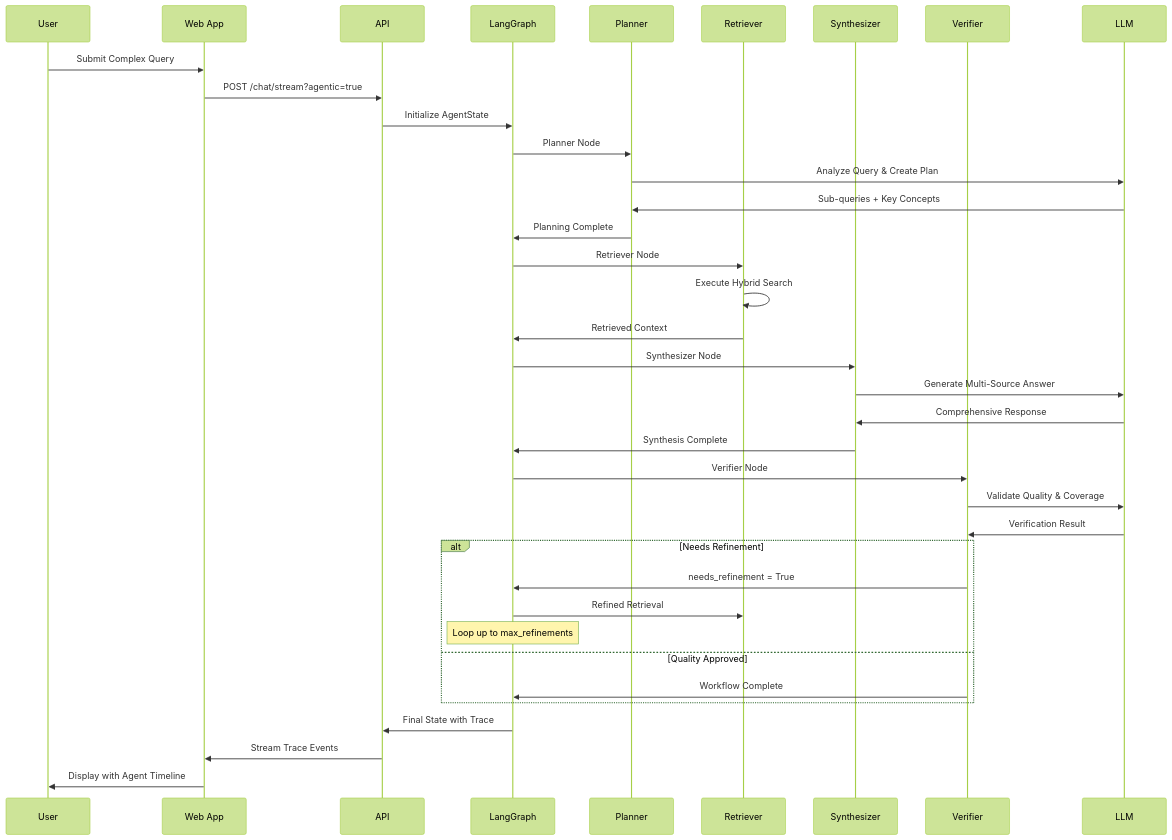
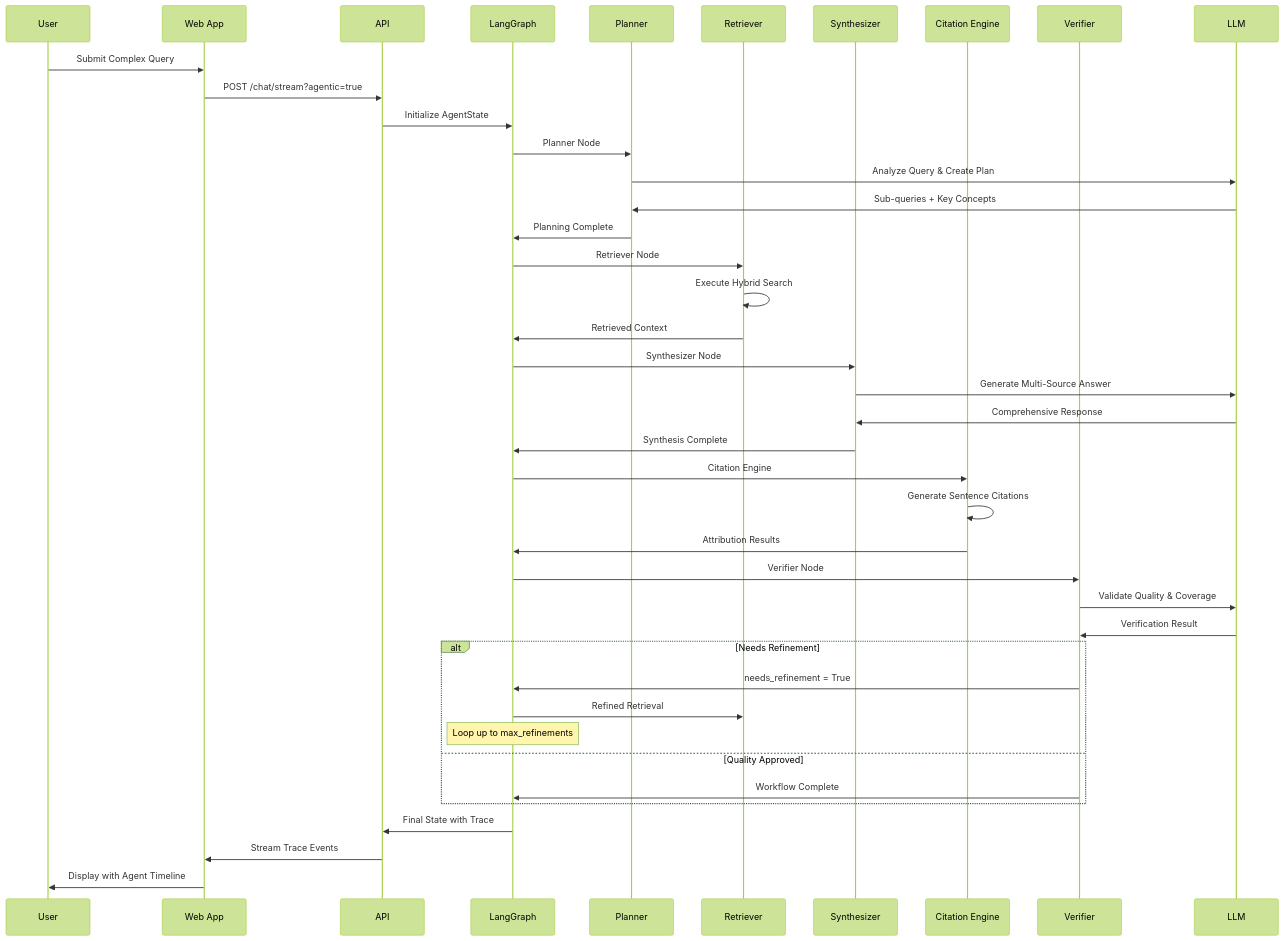
The fourth of 4 diagrams in docs/ARCHITECTURE.md (Marcussy34/maistorage), drawn with Mermaid (forest theme) before and after one commit. The commit also changed other lines of this file, not shown here.

````diff
--- a/docs/ARCHITECTURE.md
+++ b/docs/ARCHITECTURE.md
@@ -246,46 +246,51 @@
 ```mermaid
 sequenceDiagram
     participant U as User
     participant W as Web App
     participant A as API
     participant G as LangGraph
     participant P as Planner
     participant R as Retriever
     participant S as Synthesizer
+    participant C as Citation Engine
     participant V as Verifier
     participant L as LLM
 
     U->>W: Submit Complex Query
     W->>A: POST /chat/stream?agentic=true
     A->>G: Initialize AgentState
     
     G->>P: Planner Node
     P->>L: Analyze Query & Create Plan
     L->>P: Sub-queries + Key Concepts
     P->>G: Planning Complete
     
     G->>R: Retriever Node  
     R->>R: Execute Hybrid Search
     R->>G: Retrieved Context
     
     G->>S: Synthesizer Node
     S->>L: Generate Multi-Source Answer
     L->>S: Comprehensive Response
     S->>G: Synthesis Complete
     
+    G->>C: Citation Engine
+    C->>C: Generate Sentence Citations
+    C->>G: Attribution Results
+    
     G->>V: Verifier Node
     V->>L: Validate Quality & Coverage
     L->>V: Verification Result
     
     alt Needs Refinement
         V->>G: needs_refinement = True
         G->>R: Refined Retrieval
         note over G: Loop up to max_refinements
     else Quality Approved
         V->>G: Workflow Complete
     end
     
     G->>A: Final State with Trace
     A->>W: Stream Trace Events
     W->>U: Display with Agent Timeline
 ```
````
